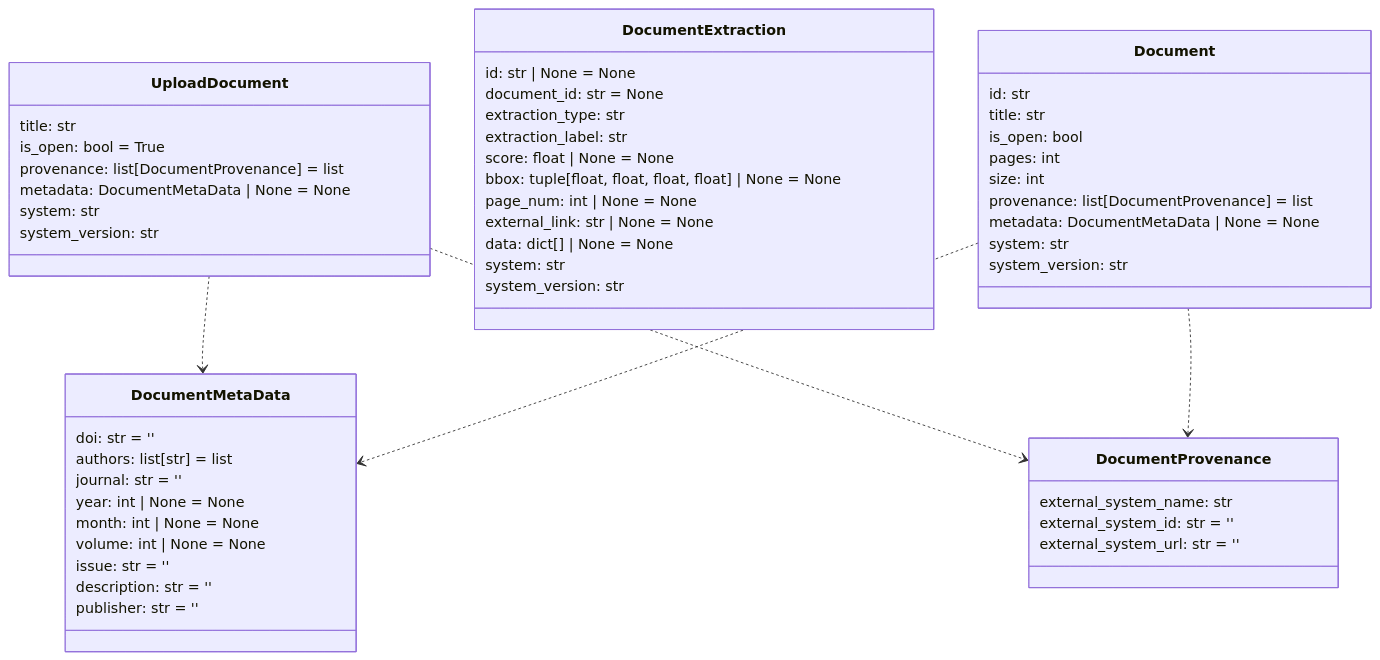
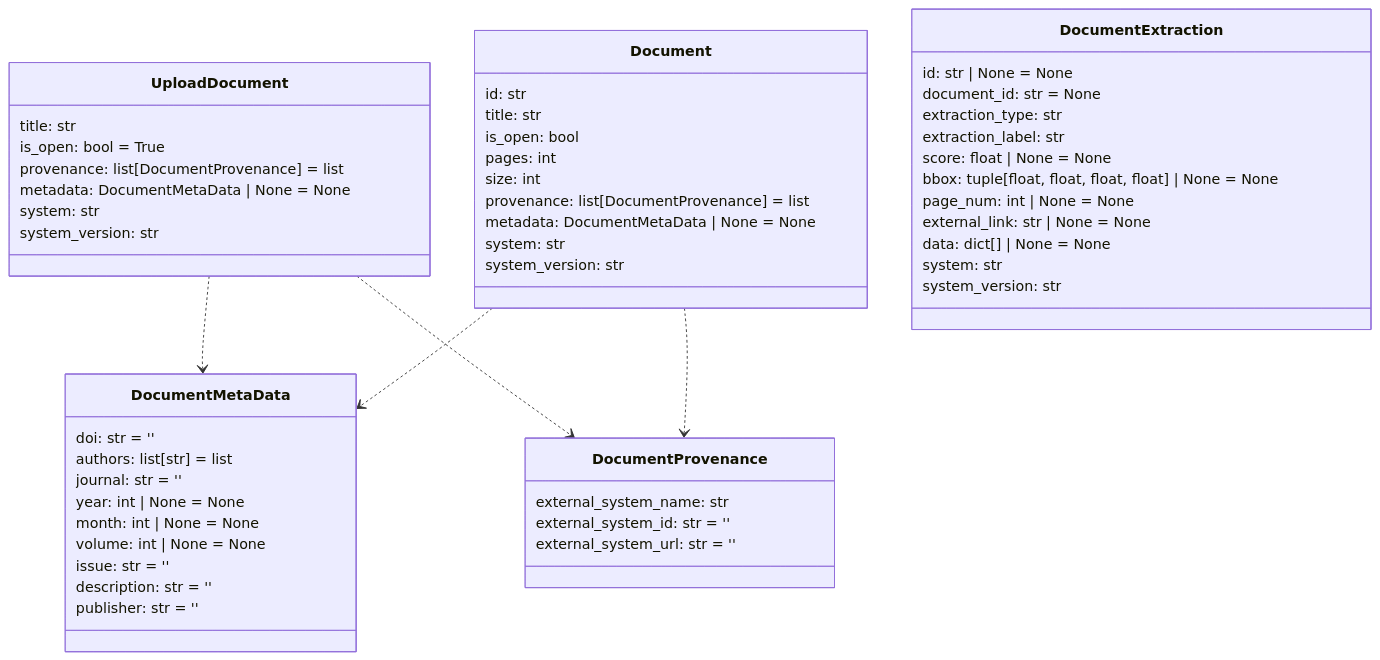
The ninth of 14 diagrams in README.md (DARPA-CRITICALMAAS/cdr_schemas), drawn with Mermaid before and after one commit. The commit also changed other lines of this file and 3 other files, not shown here.

First line of the commit message:
Beak-TA3 BNN and SOM Schema Additions

````diff
--- a/README.md
+++ b/README.md
@@ -695,63 +695,63 @@
 ```mermaid
 classDiagram
+
+    class DocumentMetaData {
+        doi: str = ''
+        authors: list[str] = list
+        journal: str = ''
+        year: int | None = None
+        month: int | None = None
+        volume: int | None = None
+        issue: str = ''
+        description: str = ''
+        publisher: str = ''
+    }
 
     class Document {
         id: str
         title: str
         is_open: bool
         pages: int
         size: int
+        provenance: list[DocumentProvenance] = list
+        metadata: DocumentMetaData | None = None
+        system: str
+        system_version: str
+    }
+
+    class DocumentProvenance {
+        external_system_name: str
+        external_system_id: str = ''
+        external_system_url: str = ''
+    }
+
+    class UploadDocument {
+        title: str
+        is_open: bool = True
         provenance: list[DocumentProvenance] = list
         metadata: DocumentMetaData | None = None
         system: str
         system_version: str
     }
 
     class DocumentExtraction {
         id: str | None = None
         document_id: str = None
         extraction_type: str
         extraction_label: str
         score: float | None = None
         bbox: tuple[float, float, float, float] | None = None
         page_num: int | None = None
         external_link: str | None = None
         data: dict[] | None = None
         system: str
         system_version: str
     }
 
-    class DocumentMetaData {
-        doi: str = ''
-        authors: list[str] = list
-        journal: str = ''
-        year: int | None = None
-        month: int | None = None
-        volume: int | None = None
-        issue: str = ''
-        description: str = ''
-        publisher: str = ''
-    }
-
-    class DocumentProvenance {
-        external_system_name: str
-        external_system_id: str = ''
-        external_system_url: str = ''
-    }
-
-    class UploadDocument {
-        title: str
-        is_open: bool = True
-        provenance: list[DocumentProvenance] = list
-        metadata: DocumentMetaData | None = None
-        system: str
-        system_version: str
-    }
-
     UploadDocument ..> DocumentMetaData
     UploadDocument ..> DocumentProvenance
     Document ..> DocumentMetaData
     Document ..> DocumentProvenance
 
 
 ```
````
